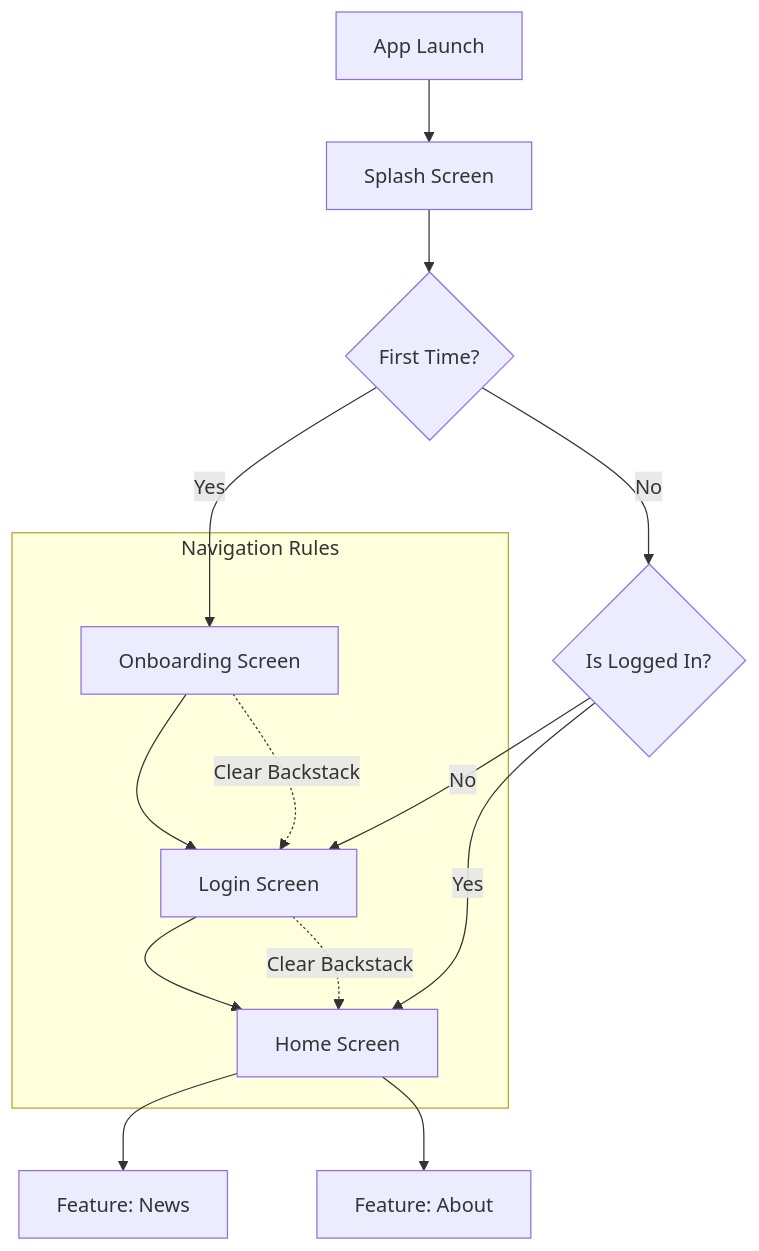
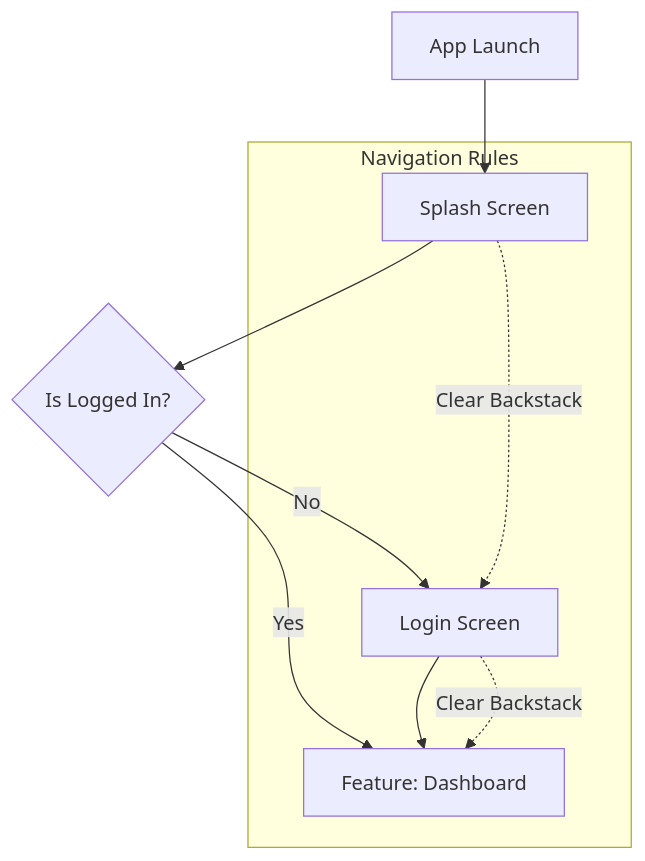
The diagram in docs/app-lifecycle.md (muharifandi/compose-mvi), drawn with Mermaid before and after one commit. The commit also changed other lines of this file and 6 other files, not shown here.

````diff
--- a/docs/app-lifecycle.md
+++ b/docs/app-lifecycle.md
@@ -9,20 +9,15 @@
 ```mermaid
 graph TD
     A[App Launch] --> B[Splash Screen]
-    B --> C{First Time?}
-    C -- Yes --> D[Onboarding Screen]
-    C -- No --> E{Is Logged In?}
+    B --> C{Is Logged In?}
     
-    D --> F[Login Screen]
-    E -- No --> F
-    E -- Yes --> G[Home Screen]
+    C -- No --> D[Login Screen]
+    C -- Yes --> E[Feature: Dashboard]
     
-    F --> G
-    G --> H[Feature: News]
-    G --> I[Feature: About]
+    D --> E
     
     subgraph "Navigation Rules"
-    D -.->|Clear Backstack| F
-    F -.->|Clear Backstack| G
+    B -.->|Clear Backstack| D
+    D -.->|Clear Backstack| E
     end
 ```
````
